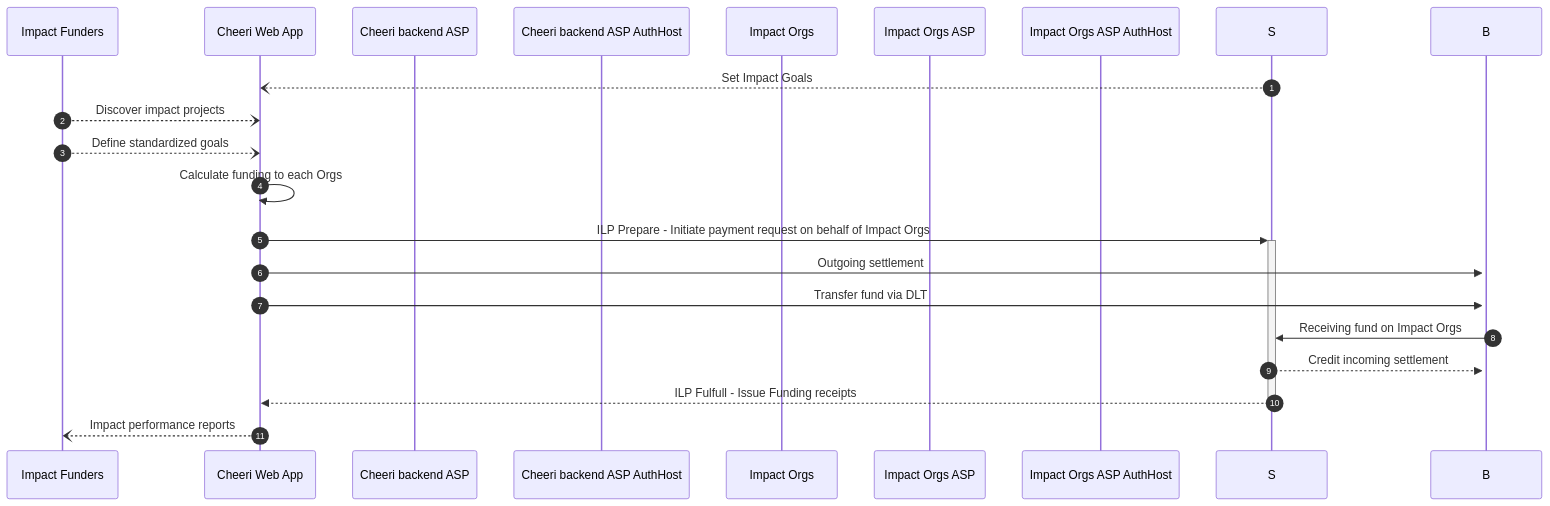
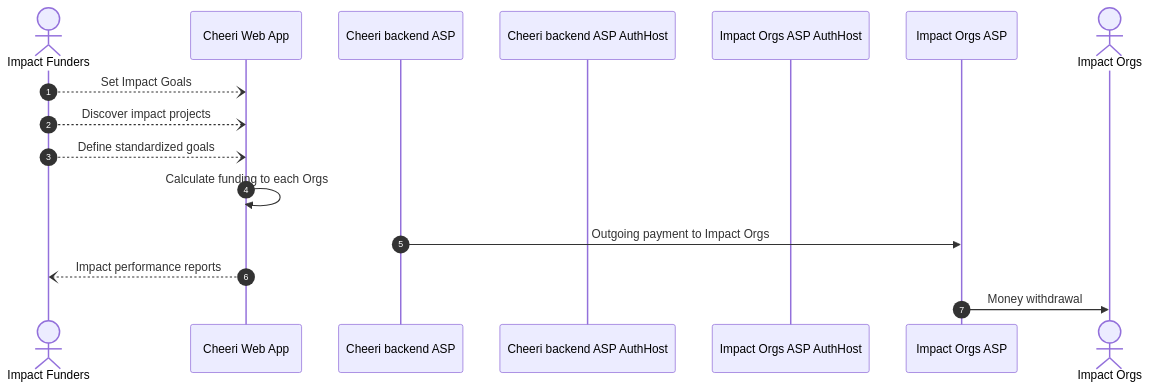
One commit to anguschiu1/interledger-divao changed the diagram in rafiki-divao-demo/demo-Cheeri.md. Above: the diagram before and after it, drawn with Mermaid. The commit also changed other lines of this file, not shown here.

Commit message:
cheeri-openpayment demo

````diff
--- a/rafiki-divao-demo/demo-Cheeri.md
+++ b/rafiki-divao-demo/demo-Cheeri.md
@@ -3,22 +5,18 @@
 ```mermaid
 sequenceDiagram
 autonumber
-participant F as Impact Funders
+actor F as Impact Funders
 participant C as Cheeri Web App
 participant CA as Cheeri backend ASP
 participant CAAuth as Cheeri backend ASP AuthHost
-participant I as Impact Orgs
+participant IAA as Impact Orgs ASP AuthHost
 participant IA as Impact Orgs ASP
-participant IAA as Impact Orgs ASP AuthHost
-S--)C: Set Impact Goals
+actor I as Impact Orgs
+F--)C: Set Impact Goals
 F--)C: Discover impact projects
 F--)C: Define standardized goals
 C->>C: Calculate funding to each Orgs
-C->>+S: ILP Prepare - Initiate payment request on behalf of Impact Orgs
-C->>+B: Outgoing settlement
-C->>+B: Transfer fund via DLT
-B->>S: Receiving fund on Impact Orgs
-S-->>B: Credit incoming settlement
-S-->>-C: ILP Fulfull - Issue Funding receipts
+CA->>IA: Outgoing payment to Impact Orgs
 C--)F: Impact performance reports
+IA->>I: Money withdrawal
 ```
````
